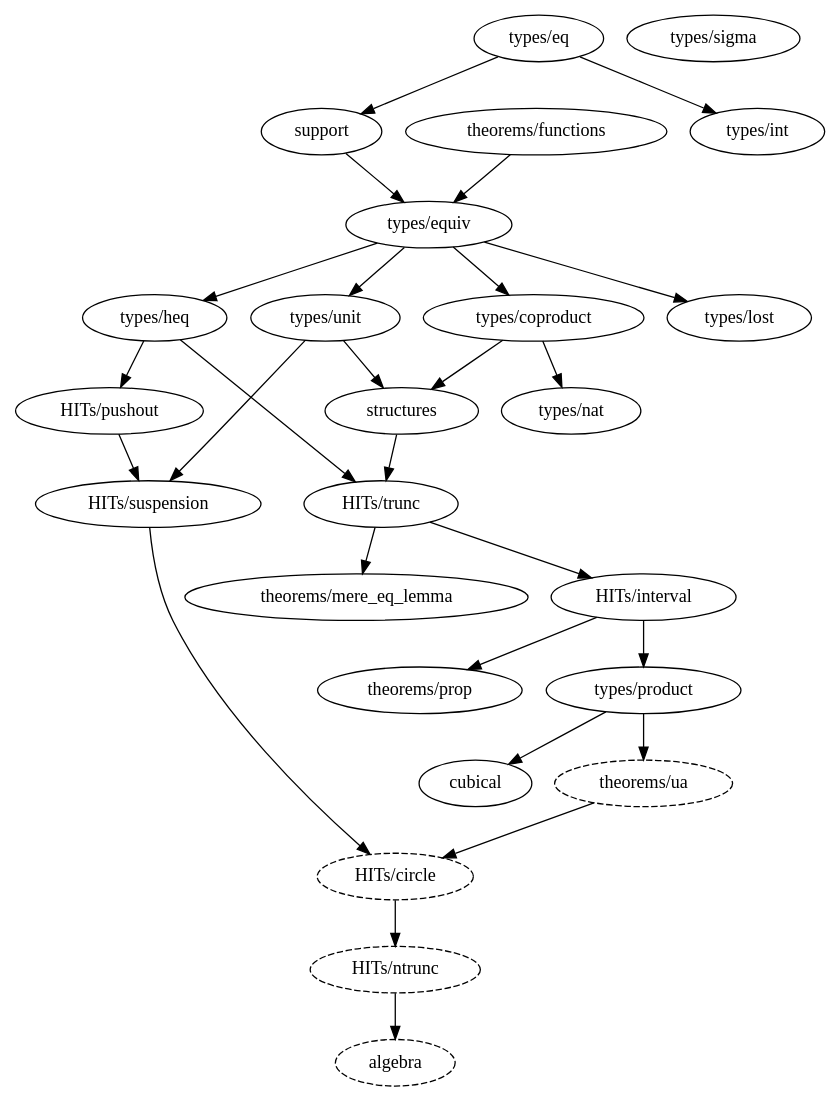
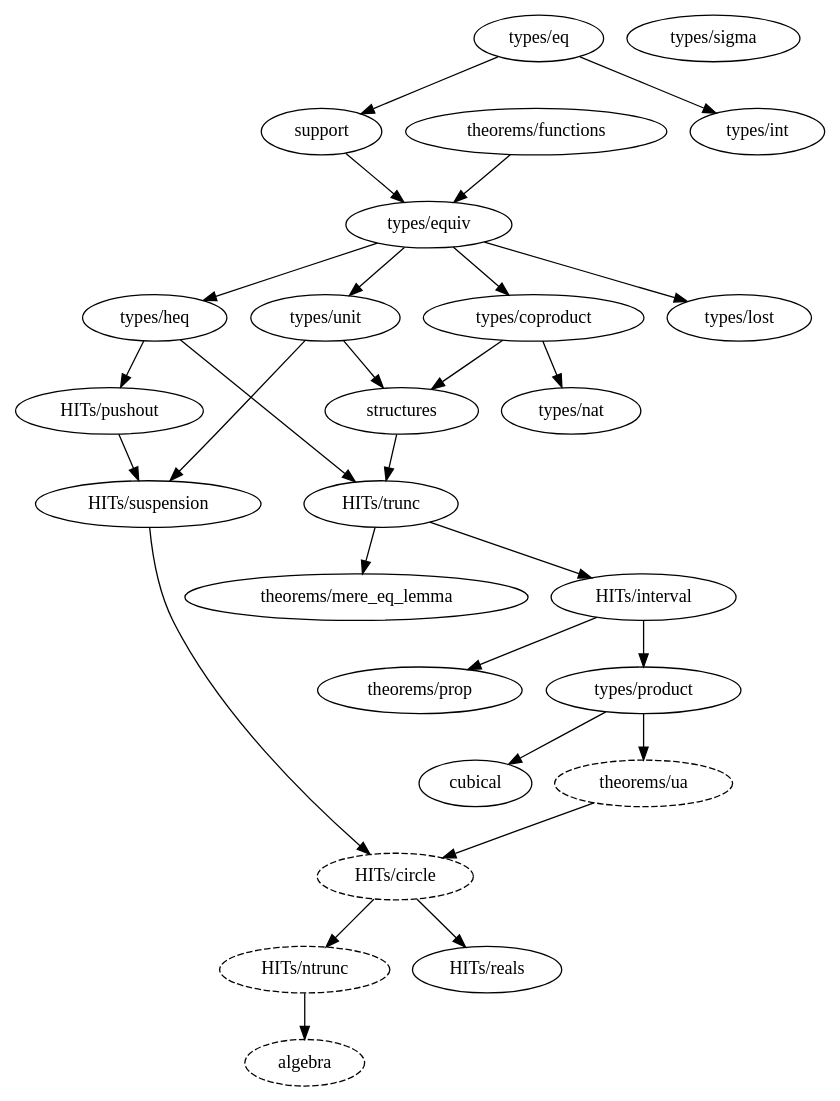
Before and after one commit to forked-from-1kasper/ground_zero: the diagram in dependency_map.gv, drawn with Graphviz. The commit also changed 2 other files, not shown here.

Commit message:
homotopical reals

```diff
--- a/dependency_map.gv
+++ b/dependency_map.gv
@@ -1,54 +1,56 @@
 digraph dependency_map {
   algebra [style=dashed]
   "HITs/ntrunc" -> algebra
 
   "HITs/circle" [style=dashed]
   "HITs/suspension" -> "HITs/circle"
   "theorems/ua" -> "HITs/circle"
 
   "types/equiv" -> "types/coproduct"
 
   "types/product" -> cubical
 
   "types/equiv" -> "types/heq"
 
   support -> "types/equiv"
   "theorems/functions" -> "types/equiv"
 
   "types/eq" -> "types/int"
 
   "HITs/trunc" -> "HITs/interval"
 
   "HITs/trunc" -> "theorems/mere_eq_lemma"
 
   "HITs/ntrunc" [style=dashed]
   "HITs/circle" -> "HITs/ntrunc"
 
   "HITs/interval" -> "types/product"
 
   "HITs/interval" -> "theorems/prop"
 
   "types/heq" -> "HITs/pushout"
 
+  "HITs/circle" -> "HITs/reals"
+
   "types/unit" -> structures
   "types/coproduct" -> structures
 
   "types/eq" -> support
 
   "HITs/pushout" -> "HITs/suspension"
   "types/unit" -> "HITs/suspension"
 
   structures -> "HITs/trunc"
   "types/heq" -> "HITs/trunc"
 
   "theorems/ua" [style=dashed]
   "types/product" -> "theorems/ua"
 
   "types/equiv" -> "types/unit"
 
   "types/coproduct" -> "types/nat"
 
   "types/equiv" -> "types/lost"
 
   "types/sigma"
 }
```
